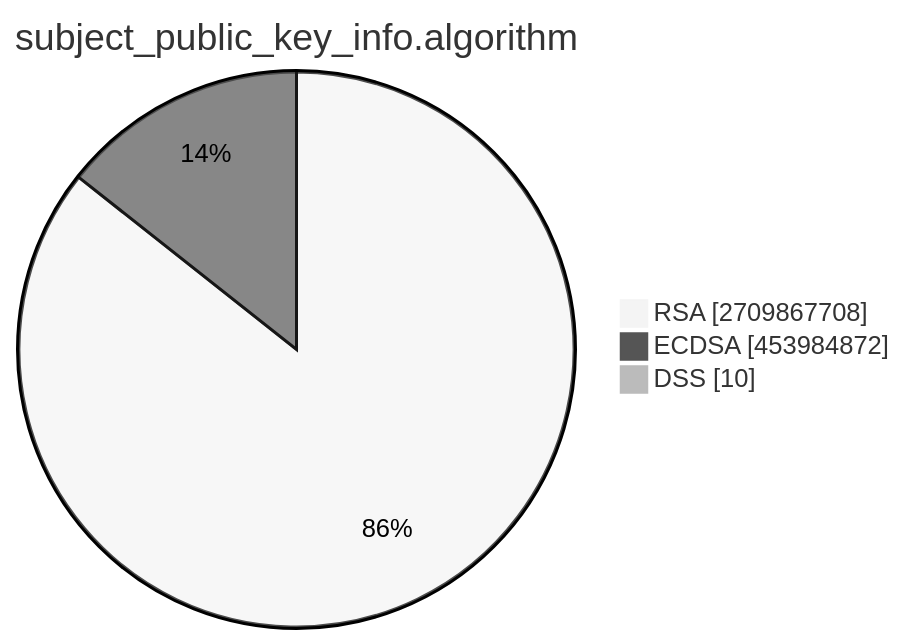
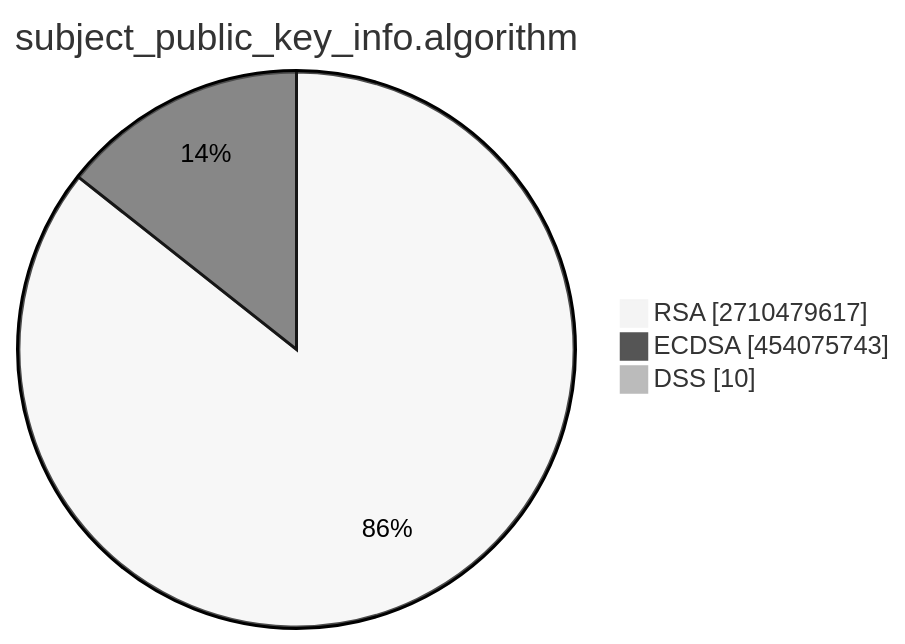
The second of 15 diagrams in TOTAL/README.md (christiankrug/ctmonitor_visualization), drawn with Mermaid (neutral theme) before and after one commit. The commit also changed other lines of this file, not shown here.

````diff
--- a/TOTAL/README.md
+++ b/TOTAL/README.md
@@ -6,7 +6,7 @@
 ```mermaid
 pie showData
 title subject_public_key_info.algorithm
-"RSA" :2709867708
-"ECDSA" :453984872
+"RSA" :2710479617
+"ECDSA" :454075743
 "DSS" :10
 ```
````
